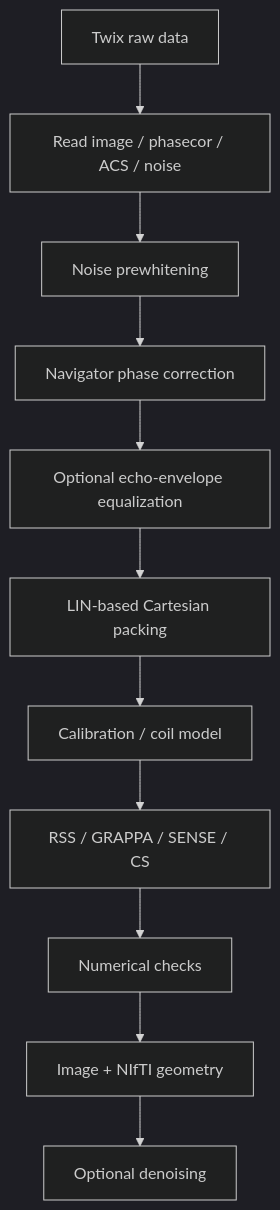
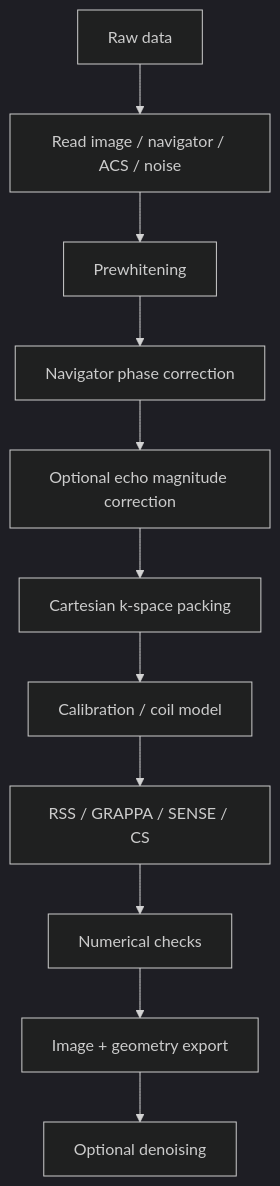
The diagram in docs/reconstruction.md (BennyZhang-Codes/tse-pulseq-matlab), drawn with Mermaid (dark theme) before and after one commit. The commit also changed other lines of this file, not shown here.

````diff
--- a/docs/reconstruction.md
+++ b/docs/reconstruction.md
@@ -19,13 +19,13 @@
 ```mermaid
 flowchart TD
-    A[Twix raw data] --> B[Read image / phasecor / ACS / noise]
-    B --> C[Noise prewhitening]
+    A[Raw data] --> B[Read image / navigator / ACS / noise]
+    B --> C[Prewhitening]
     C --> D[Navigator phase correction]
-    D --> E[Optional echo-envelope equalization]
-    E --> F[LIN-based Cartesian packing]
+    D --> E[Optional echo magnitude correction]
+    E --> F[Cartesian k-space packing]
     F --> G[Calibration / coil model]
     G --> H[RSS / GRAPPA / SENSE / CS]
     H --> I[Numerical checks]
-    I --> J[Image + NIfTI geometry]
+    I --> J[Image + geometry export]
     J --> K[Optional denoising]
 ```
````
